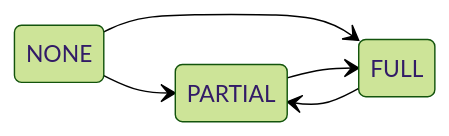
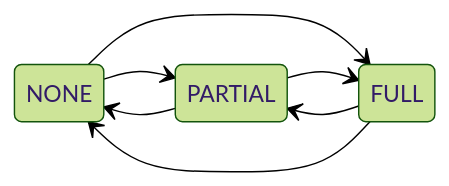
The second of 5 diagrams in docs/developer/payments/lifecycle.mdx (saleor/saleor-docs), drawn with Mermaid (forest theme) before and after one commit. The commit also changed other lines of this file and 1 other file, not shown here.

````diff
--- a/docs/developer/payments/lifecycle.mdx
+++ b/docs/developer/payments/lifecycle.mdx
@@ -61,10 +65,12 @@
 ```mermaid
 stateDiagram-v2
  direction LR
 
- NONE --> PARTIAL
- NONE --> FULL
- FULL --> PARTIAL
- PARTIAL --> FULL
+  NONE --> PARTIAL
+  NONE --> FULL
+  FULL --> PARTIAL
+  FULL --> NONE
+  PARTIAL --> FULL
+  PARTIAL --> NONE
 
 ```
````
